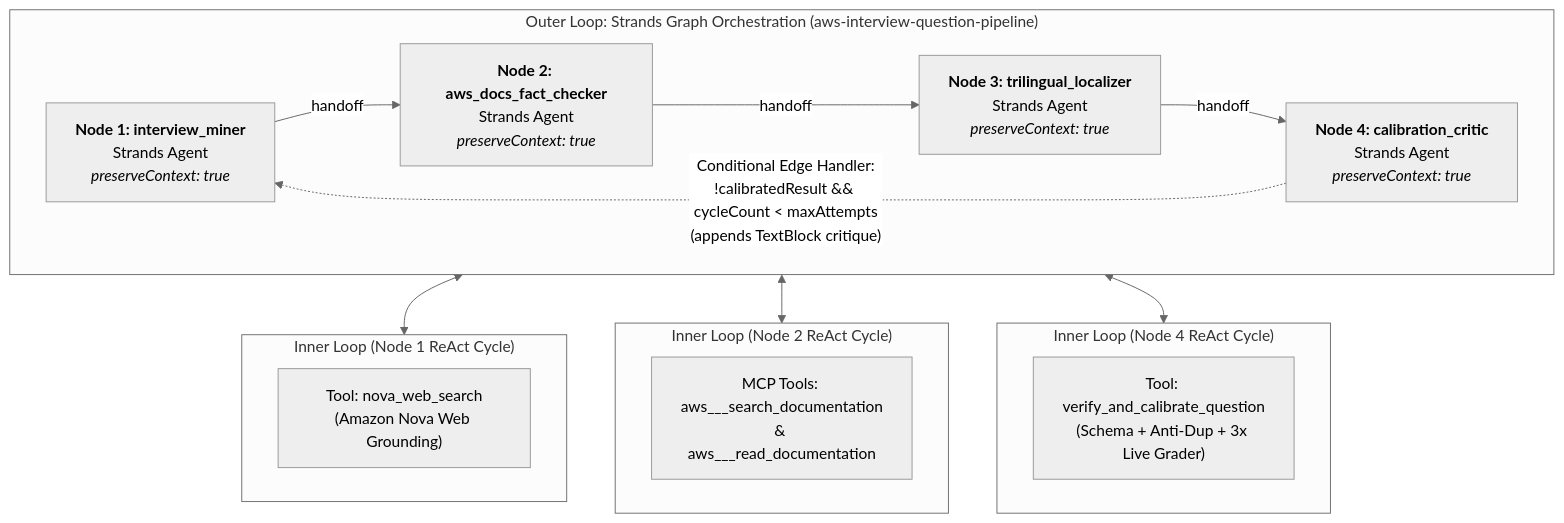
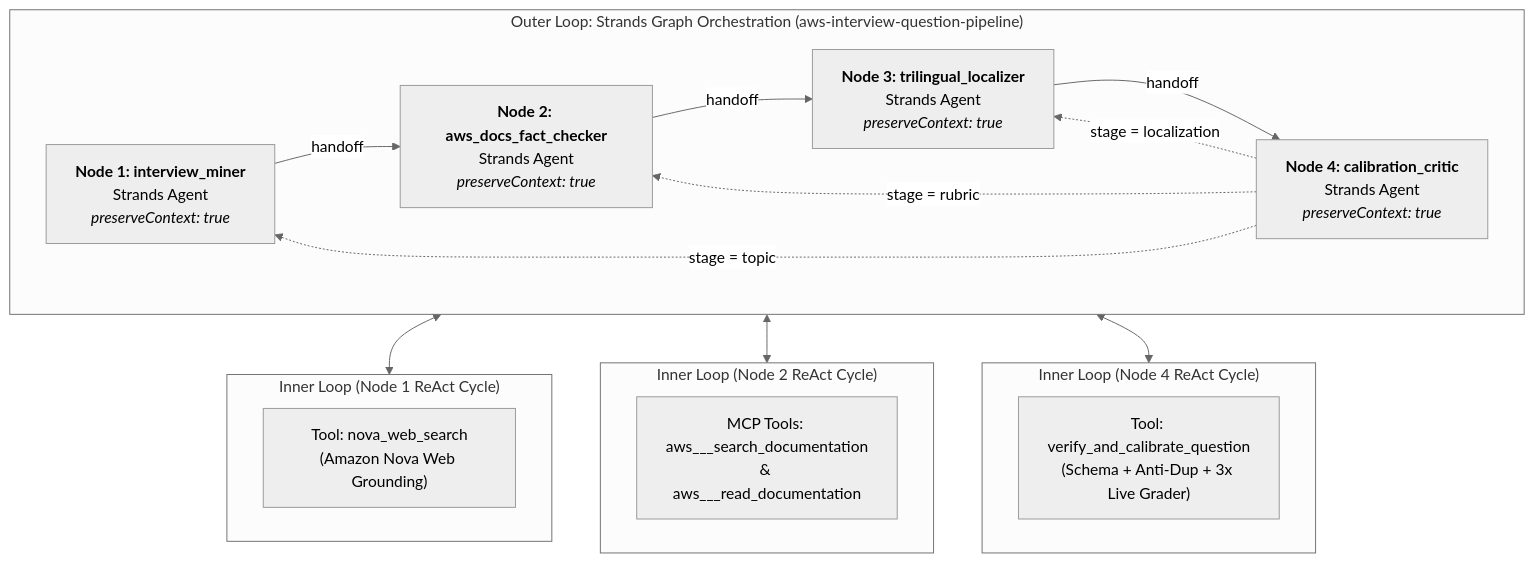
The diagram in docs/QUESTION_GENERATOR_AGENT.md (wongcyrus/The-Legend-of-AWS-Warrior), drawn with Mermaid (neutral theme) before and after one commit. The commit also changed other lines of this file and 3 other files, not shown here.

Commit message:
Implement stage-classified conditional loop routing in Strands Question Generator

````diff
--- a/docs/QUESTION_GENERATOR_AGENT.md
+++ b/docs/QUESTION_GENERATOR_AGENT.md
@@ -37,31 +37,33 @@
 ```mermaid
 flowchart TB
   subgraph OuterLoop["Outer Loop: Strands Graph Orchestration (aws-interview-question-pipeline)"]
     direction LR
     N1["<b>Node 1: interview_miner</b><br/>Strands Agent<br/><i>preserveContext: true</i>"]
     N2["<b>Node 2: aws_docs_fact_checker</b><br/>Strands Agent<br/><i>preserveContext: true</i>"]
     N3["<b>Node 3: trilingual_localizer</b><br/>Strands Agent<br/><i>preserveContext: true</i>"]
     N4["<b>Node 4: calibration_critic</b><br/>Strands Agent<br/><i>preserveContext: true</i>"]
 
     N1 -->|"handoff"| N2
     N2 -->|"handoff"| N3
     N3 -->|"handoff"| N4
-    N4 -. "Conditional Edge Handler:<br/>!calibratedResult && cycleCount < maxAttempts<br/>(appends TextBlock critique)" .-> N1
+    N4 -. "stage = localization" .-> N3
+    N4 -. "stage = rubric" .-> N2
+    N4 -. "stage = topic" .-> N1
   end
 
   subgraph InnerLoop1["Inner Loop (Node 1 ReAct Cycle)"]
     T1["Tool: nova_web_search<br/>(Amazon Nova Web Grounding)"]
   end
 
   subgraph InnerLoop2["Inner Loop (Node 2 ReAct Cycle)"]
     T2["MCP Tools: aws___search_documentation<br/>& aws___read_documentation"]
   end
 
   subgraph InnerLoop4["Inner Loop (Node 4 ReAct Cycle)"]
     T4["Tool: verify_and_calibrate_question<br/>(Schema + Anti-Dup + 3x Live Grader)"]
   end
 
   N1 <--> InnerLoop1
   N2 <--> InnerLoop2
   N4 <--> InnerLoop4
 ```
````
